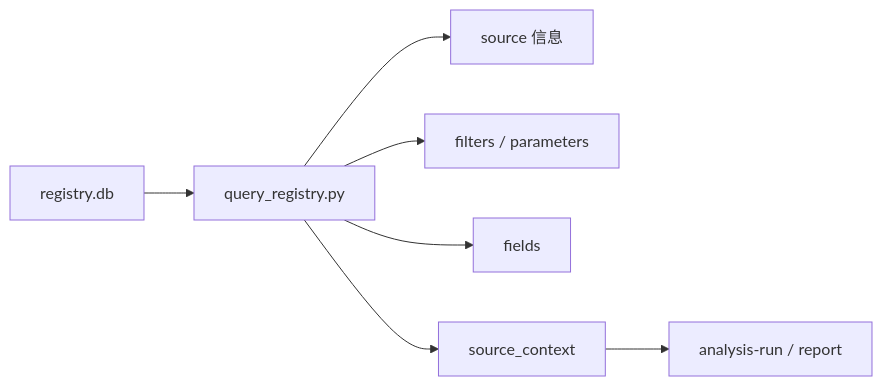
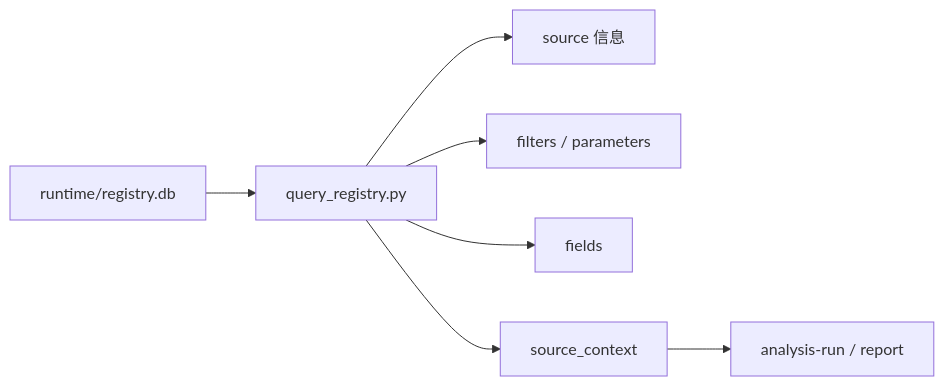
Before and after one commit to dabaige53/RealAnalyst: the diagram in runtime/tableau/README.md, drawn with Mermaid. The commit also changed other lines of this file and 20 other files, not shown here.

````diff
--- a/runtime/tableau/README.md
+++ b/runtime/tableau/README.md
@@ -22,9 +22,9 @@
 ```mermaid
 flowchart LR
-    Reg[registry.db] --> QR[query_registry.py]
+    Reg[runtime/registry.db] --> QR[query_registry.py]
     QR --> Source[source 信息]
     QR --> Filter[filters / parameters]
     QR --> Fields[fields]
     QR --> Context[source_context]
     Context --> Analysis[analysis-run / report]
 ```
````
